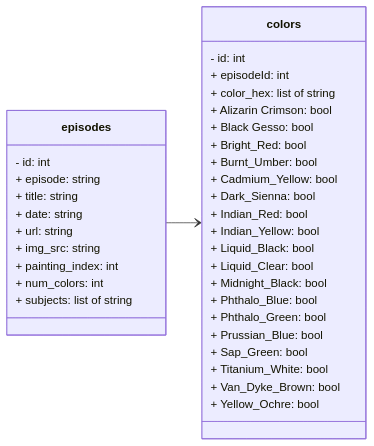
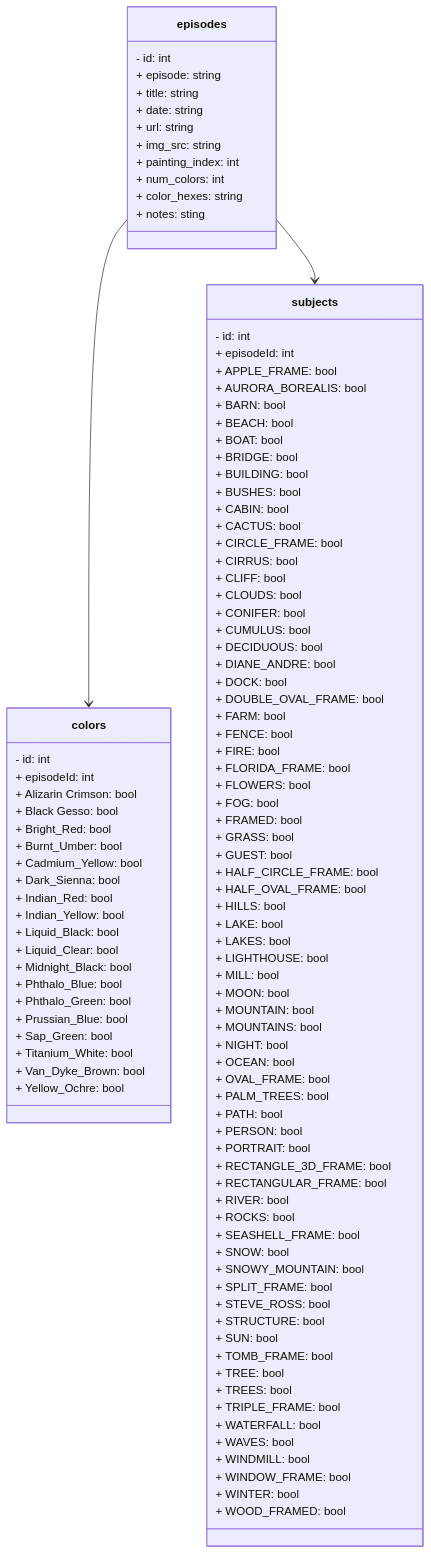
Before and after one commit to PStewart1/holbertonschool-the-joy-of-painting-api: the diagram in db/dbDesign.md, drawn with Mermaid. The commit also changed 16 other files, not shown here.

````diff
--- a/db/dbDesign.md
+++ b/db/dbDesign.md
@@ -4,6 +4,5 @@
 ```mermaid
 classDiagram
-    direction LR
     class episodes {
        - id: int
        + episode: string
@@ -13,13 +12,13 @@
        + img_src: string
        + painting_index: int
        + num_colors: int
-       + subjects: list of string
+       + color_hexes: string
+       + notes: sting
     }
     episodes --> colors
     class colors {
         - id: int
         + episodeId: int
-        + color_hex: list of string
         + Alizarin Crimson: bool
         + Black Gesso: bool
         + Bright_Red: bool
@@ -39,4 +38,76 @@
         + Van_Dyke_Brown: bool
         + Yellow_Ochre: bool
     }
+    episodes --> subjects
+    class subjects {
+        - id: int
+        + episodeId: int
+        + APPLE_FRAME: bool
+        + AURORA_BOREALIS: bool
+        + BARN: bool
+        + BEACH: bool
+        + BOAT: bool
+        + BRIDGE: bool
+        + BUILDING: bool
+        + BUSHES: bool
+        + CABIN: bool
+        + CACTUS: bool
+        + CIRCLE_FRAME: bool
+        + CIRRUS: bool
+        + CLIFF: bool
+        + CLOUDS: bool
+        + CONIFER: bool
+        + CUMULUS: bool
+        + DECIDUOUS: bool
+        + DIANE_ANDRE: bool
+        + DOCK: bool
+        + DOUBLE_OVAL_FRAME: bool
+        + FARM: bool
+        + FENCE: bool
+        + FIRE: bool
+        + FLORIDA_FRAME: bool
+        + FLOWERS: bool
+        + FOG: bool
+        + FRAMED: bool
+        + GRASS: bool
+        + GUEST: bool
+        + HALF_CIRCLE_FRAME: bool
+        + HALF_OVAL_FRAME: bool
+        + HILLS: bool
+        + LAKE: bool
+        + LAKES: bool
+        + LIGHTHOUSE: bool
+        + MILL: bool
+        + MOON: bool
+        + MOUNTAIN: bool
+        + MOUNTAINS: bool
+        + NIGHT: bool
+        + OCEAN: bool
+        + OVAL_FRAME: bool
+        + PALM_TREES: bool
+        + PATH: bool
+        + PERSON: bool
+        + PORTRAIT: bool
+        + RECTANGLE_3D_FRAME: bool
+        + RECTANGULAR_FRAME: bool
+        + RIVER: bool
+        + ROCKS: bool
+        + SEASHELL_FRAME: bool
+        + SNOW: bool
+        + SNOWY_MOUNTAIN: bool
+        + SPLIT_FRAME: bool
+        + STEVE_ROSS: bool
+        + STRUCTURE: bool
+        + SUN: bool
+        + TOMB_FRAME: bool
+        + TREE: bool
+        + TREES: bool
+        + TRIPLE_FRAME: bool
+        + WATERFALL: bool
+        + WAVES: bool
+        + WINDMILL: bool
+        + WINDOW_FRAME: bool
+        + WINTER: bool
+        + WOOD_FRAMED: bool
+    }
 ```
````
